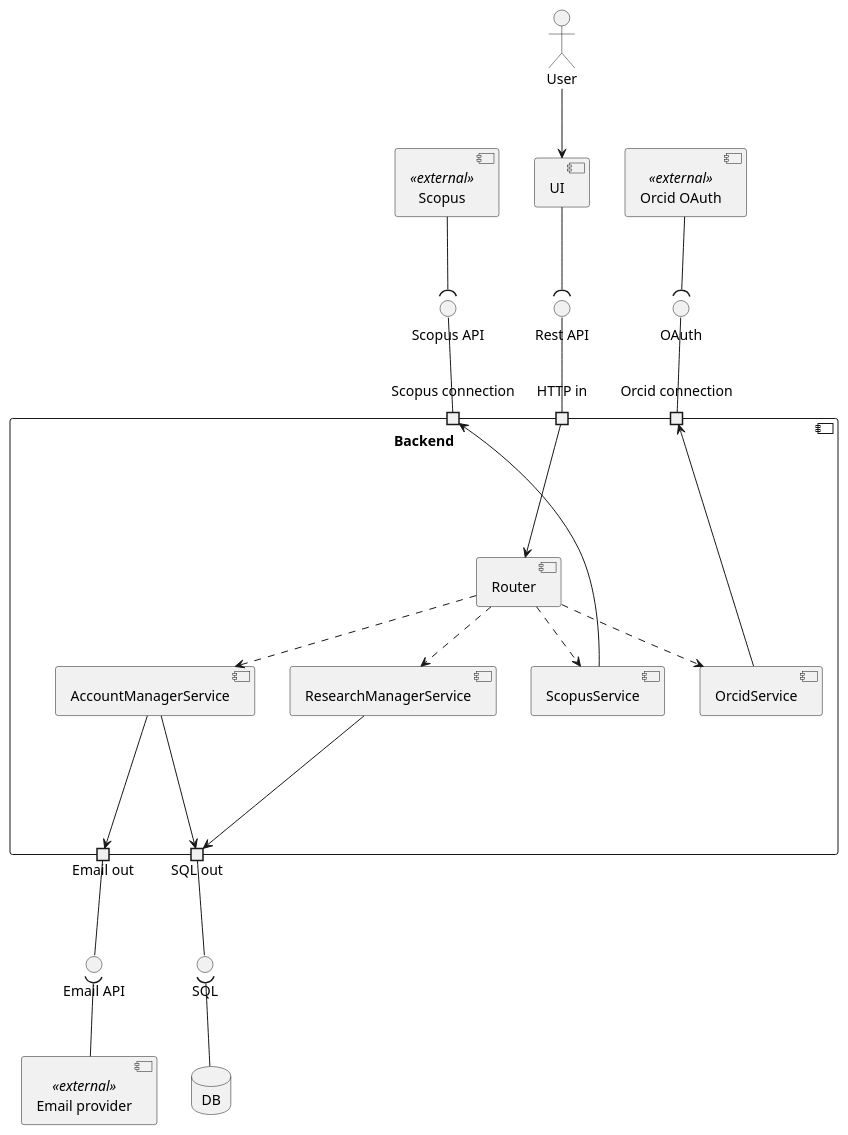
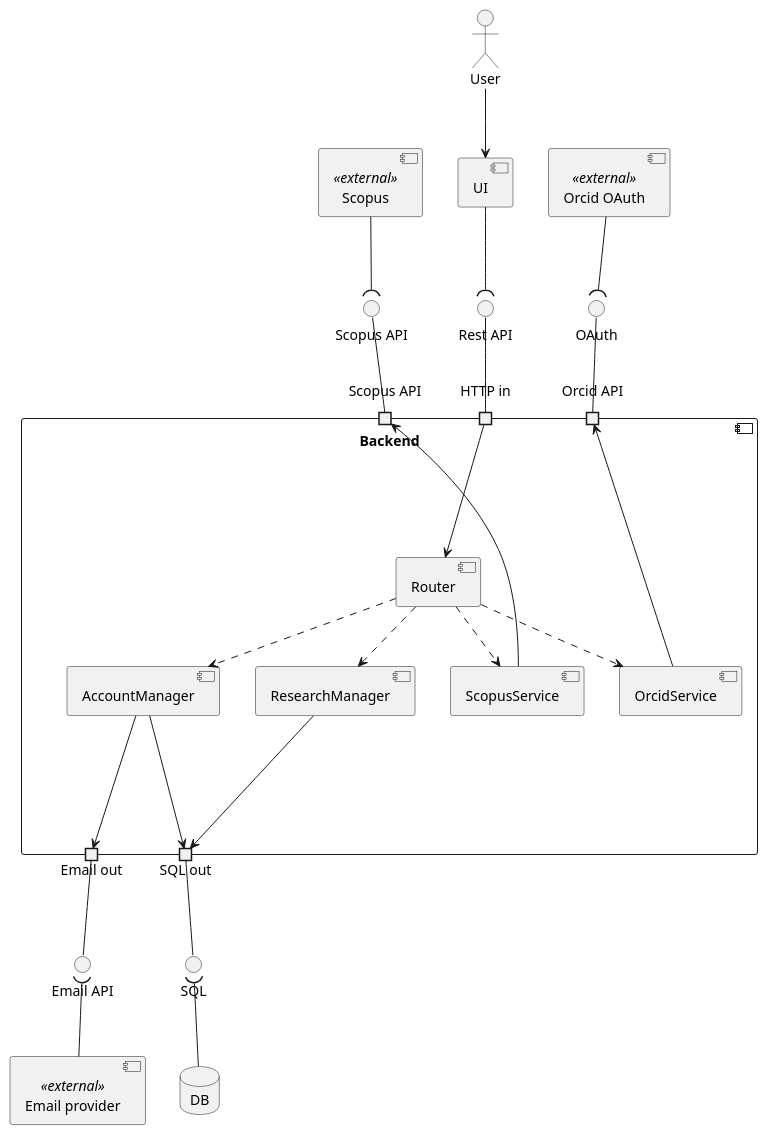
One commit to LenivyKrabik/KPI2 changed the diagram in Lab5/artifacts/component-diagram.puml. Above: the diagram before and after it, drawn with PlantUML. The commit also changed 1 other file, not shown here.

```diff
--- a/Lab5/artifacts/component-diagram.puml
+++ b/Lab5/artifacts/component-diagram.puml
@@ -1,63 +1,63 @@
 @startuml
 
 User as User
 [UI]
 [Orcid] as "Orcid OAuth" <<external>>
 [Scopus] as "Scopus" <<external>>
 [Email] as "Email provider" <<external>>
 component Backend {
   portin "HTTP in"
   portout "SQL out"
   portout "Email out"
-  port "Orcid connection"
-  port "Scopus connection"
+  port "Orcid API"
+  port "Scopus API"
 
   component Router
 
   component OrcidService
   component ScopusService
 
-  component ResearchManagerService
-  component AccountManagerService
+  component ResearchManager
+  component AccountManager
 }
 database DB
 
 () EmailAPI as "Email API"
 () ScopusAPI as "Scopus API"
 () OrcidOAuth as "OAuth"
 () RestAPI as "Rest API"
 () SQL
 
 User --> UI
 
 UI --( RestAPI
 "HTTP in" -up- RestAPI
 
 "SQL out" -- SQL
 SQL )-- DB
 
 "Email out" -- EmailAPI
 EmailAPI )-- Email 
 
-"Orcid connection" -up- OrcidOAuth
+"Orcid API" -up- OrcidOAuth
 OrcidOAuth )-up- Orcid
 
-"Scopus connection" -up- ScopusAPI
+"Scopus API" -up- ScopusAPI
 ScopusAPI )-up- Scopus
 
 
 "HTTP in" --> Router
 Router ..> OrcidService
 Router ..> ScopusService
-Router ..> ResearchManagerService
-Router ..> AccountManagerService
+Router ..> ResearchManager
+Router ..> AccountManager
 
-ResearchManagerService ---> "SQL out"
-AccountManagerService ---> "SQL out"
+ResearchManager ---> "SQL out"
+AccountManager ---> "SQL out"
 
-OrcidService --> "Orcid connection"
-ScopusService --> "Scopus connection"
+OrcidService --> "Orcid API"
+ScopusService --> "Scopus API"
 
-AccountManagerService --> "Email out"
+AccountManager --> "Email out"
 
 @enduml
```
